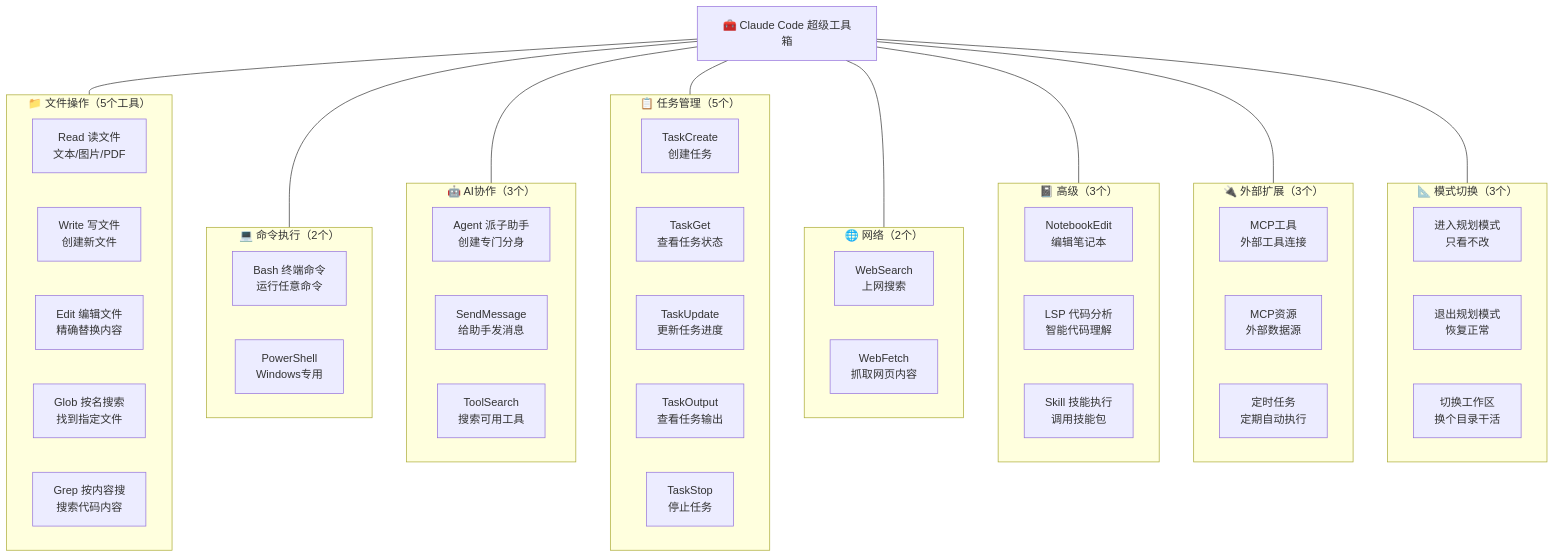
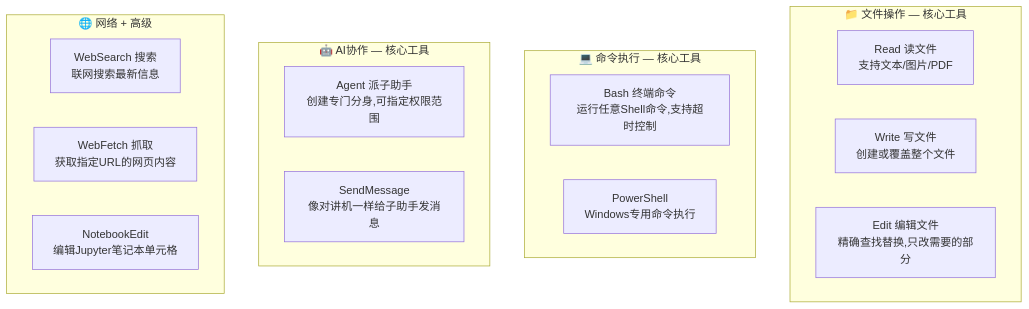
One commit to WSbaikaishui/claude-code-source-code changed the sixth of 25 diagrams in docs/architecture/00-visual-guide-complete.md. Above: the diagram before and after it, drawn with Mermaid. The commit also changed other lines of this file and 73 other files, not shown here.

First line of the commit message:
Fix all Mermaid diagrams: restore semantics + fix dimensions

````diff
--- a/docs/architecture/00-visual-guide-complete.md
+++ b/docs/architecture/00-visual-guide-complete.md
@@ -154,63 +180,24 @@
 ```mermaid
 graph TD
-    TITLE["🧰 Claude Code 超级工具箱"]
-
-    subgraph FILE["📁 文件操作（5个工具）"]
-        F1["Read 读文件<br/>文本/图片/PDF"]
-        F2["Write 写文件<br/>创建新文件"]
-        F3["Edit 编辑文件<br/>精确替换内容"]
-        F4["Glob 按名搜索<br/>找到指定文件"]
-        F5["Grep 按内容搜<br/>搜索代码内容"]
+    subgraph FILE["📁 文件操作 — 核心工具"]
+        F1["Read 读文件<br/>支持文本/图片/PDF"]
+        F2["Write 写文件<br/>创建或覆盖整个文件"]
+        F3["Edit 编辑文件<br/>精确查找替换,只改需要的部分"]
     end
 
-    subgraph EXEC["💻 命令执行（2个）"]
-        E1["Bash 终端命令<br/>运行任意命令"]
-        E2["PowerShell<br/>Windows专用"]
+    subgraph EXEC["💻 命令执行 — 核心工具"]
+        E1["Bash 终端命令<br/>运行任意Shell命令,支持超时控制"]
+        E2["PowerShell<br/>Windows专用命令执行"]
     end
 
-    subgraph AGENT["🤖 AI协作（3个）"]
-        A1["Agent 派子助手<br/>创建专门分身"]
-        A2["SendMessage<br/>给助手发消息"]
-        A3["ToolSearch<br/>搜索可用工具"]
+    subgraph AGENT["🤖 AI协作 — 核心工具"]
+        A1["Agent 派子助手<br/>创建专门分身,可指定权限范围"]
+        A2["SendMessage<br/>像对讲机一样给子助手发消息"]
     end
 
-    subgraph TASK["📋 任务管理（5个）"]
-        T1["TaskCreate<br/>创建任务"]
-        T2["TaskGet<br/>查看任务状态"]
-        T3["TaskUpdate<br/>更新任务进度"]
-        T4["TaskOutput<br/>查看任务输出"]
-        T5["TaskStop<br/>停止任务"]
+    subgraph NET["🌐 网络 + 高级"]
+        N1["WebSearch 搜索<br/>联网搜索最新信息"]
+        N2["WebFetch 抓取<br/>获取指定URL的网页内容"]
+        D1["NotebookEdit<br/>编辑Jupyter笔记本单元格"]
     end
-
-    subgraph NET["🌐 网络（2个）"]
-        N1["WebSearch<br/>上网搜索"]
-        N2["WebFetch<br/>抓取网页内容"]
-    end
-
-    subgraph ADV["📓 高级（3个）"]
-        D1["NotebookEdit<br/>编辑笔记本"]
-        D2["LSP 代码分析<br/>智能代码理解"]
-        D3["Skill 技能执行<br/>调用技能包"]
-    end
-
-    subgraph EXT["🔌 外部扩展（3个）"]
-        X1["MCP工具<br/>外部工具连接"]
-        X2["MCP资源<br/>外部数据源"]
-        X3["定时任务<br/>定期自动执行"]
-    end
-
-    subgraph MODE["📐 模式切换（3个）"]
-        M1["进入规划模式<br/>只看不改"]
-        M2["退出规划模式<br/>恢复正常"]
-        M3["切换工作区<br/>换个目录干活"]
-    end
-
-    TITLE --- FILE
-    TITLE --- EXEC
-    TITLE --- AGENT
-    TITLE --- TASK
-    TITLE --- NET
-    TITLE --- ADV
-    TITLE --- EXT
-    TITLE --- MODE
 ```
````
